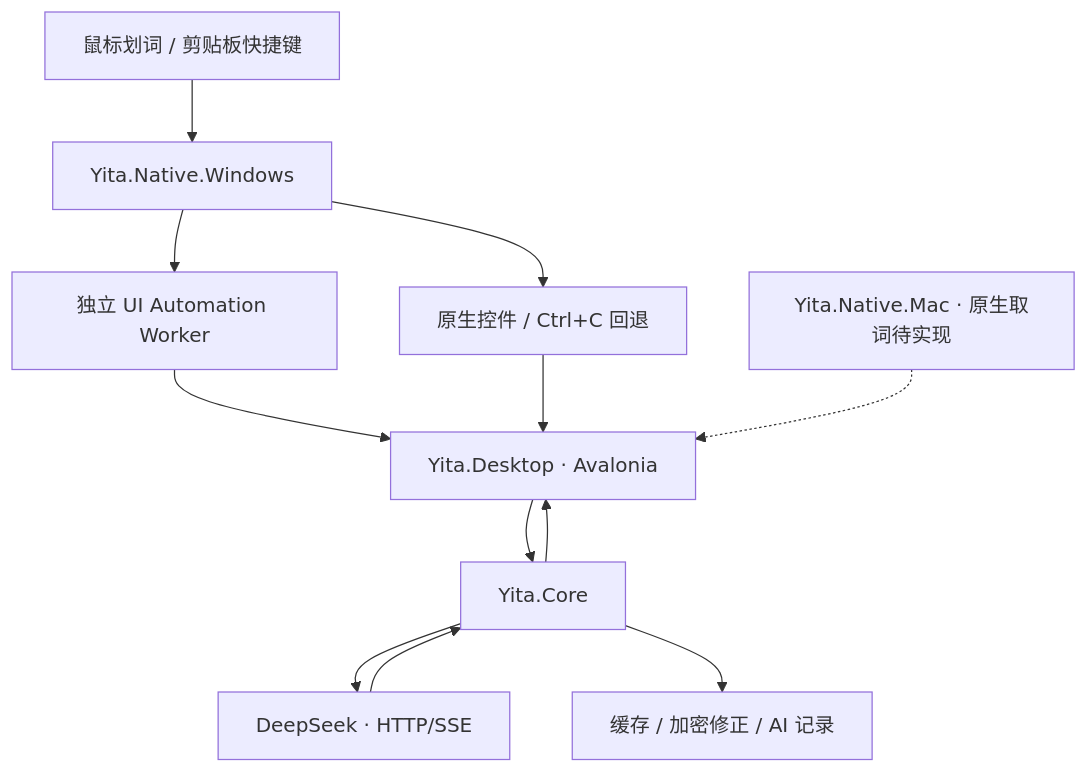
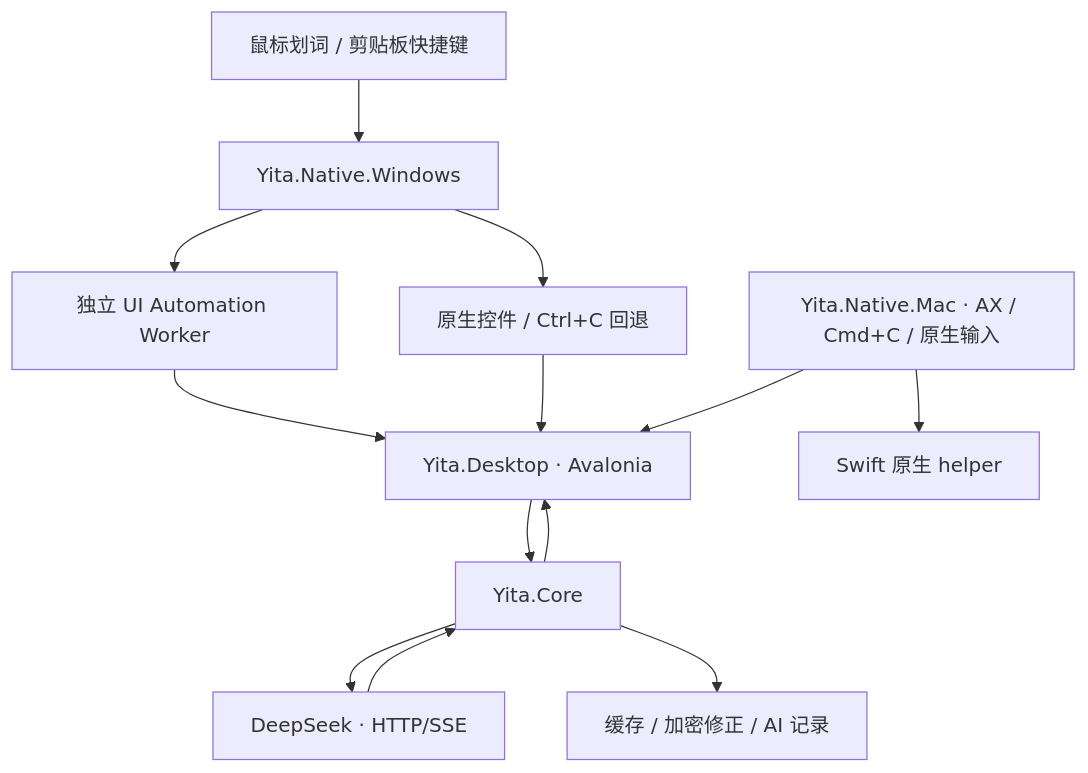
Before and after one commit to 2214331539/Yita: the diagram in README.md, drawn with Mermaid. The commit also changed other lines of this file and 21 other files, not shown here.

````diff
--- a/README.md
+++ b/README.md
@@ -103,14 +112,15 @@
 ```mermaid
 flowchart TB
     User[鼠标划词 / 剪贴板快捷键] --> Win[Yita.Native.Windows]
     Win --> Worker[独立 UI Automation Worker]
     Win --> Copy[原生控件 / Ctrl+C 回退]
     Worker --> Desktop[Yita.Desktop · Avalonia]
     Copy --> Desktop
     Desktop --> Core[Yita.Core]
     Core --> API[DeepSeek · HTTP/SSE]
     Core --> Storage[缓存 / 加密修正 / AI 记录]
     API --> Core
     Core --> Desktop
-    Mac[Yita.Native.Mac · 原生取词待实现] -.-> Desktop
+    Mac[Yita.Native.Mac · AX / Cmd+C / 原生输入] --> Desktop
+    Mac --> Helper[Swift 原生 helper]
 ```
````
